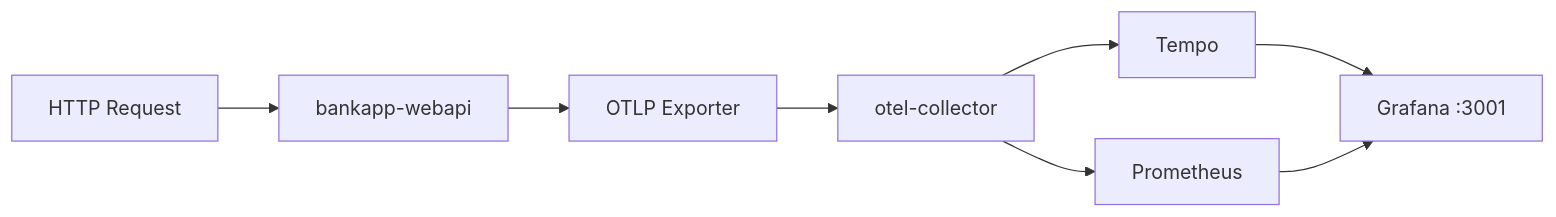
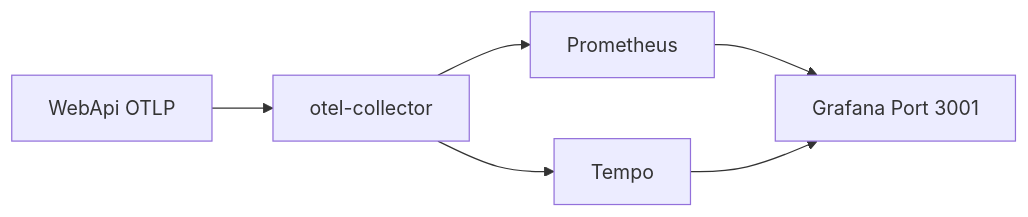
The first of 2 diagrams in docs/learning/de/18-otel-observability.md (fdeniz07/BankApp), drawn with Mermaid before and after one commit. The commit also changed other lines of this file and 105 other files, not shown here.

First line of the commit message:
doc: Enrich learning chapters with labs, pitfalls, and safe Mermaid

````diff
--- a/docs/learning/de/18-otel-observability.md
+++ b/docs/learning/de/18-otel-observability.md
@@ -12,17 +14,8 @@
 ```mermaid
 flowchart LR
-  http[HTTP Request]
-  webapi[bankapp-webapi]
-  otlp[OTLP Exporter]
-  collector[otel-collector]
-  tempo[Tempo]
-  prom[Prometheus]
-  grafana[Grafana :3001]
-  http --> webapi
-  webapi --> otlp
-  otlp --> collector
-  collector --> tempo
-  collector --> prom
-  tempo --> grafana
-  prom --> grafana
+  API["WebApi OTLP"] --> COL["otel-collector"]
+  COL --> PROM["Prometheus"]
+  COL --> TEMPO["Tempo"]
+  PROM --> GRAF["Grafana Port 3001"]
+  TEMPO --> GRAF
 ```
````
